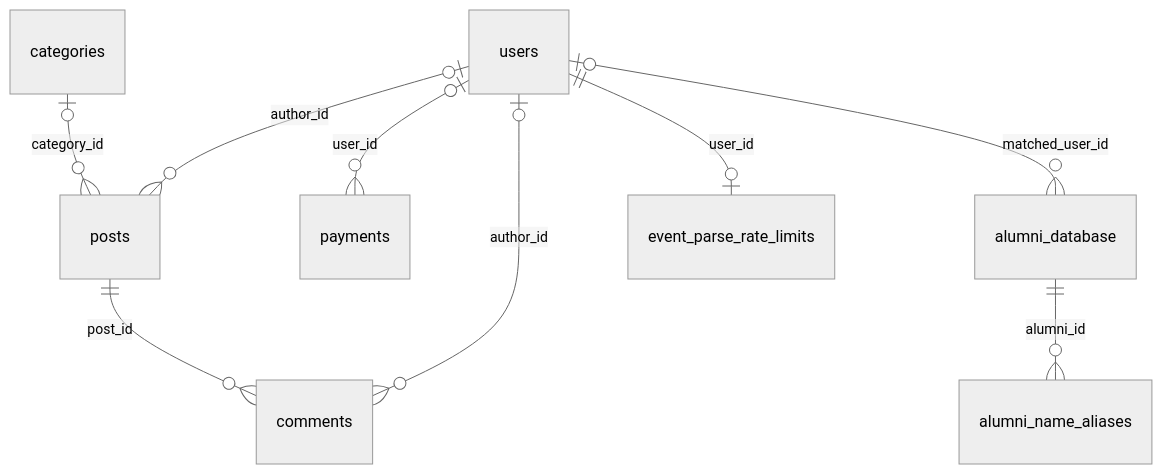
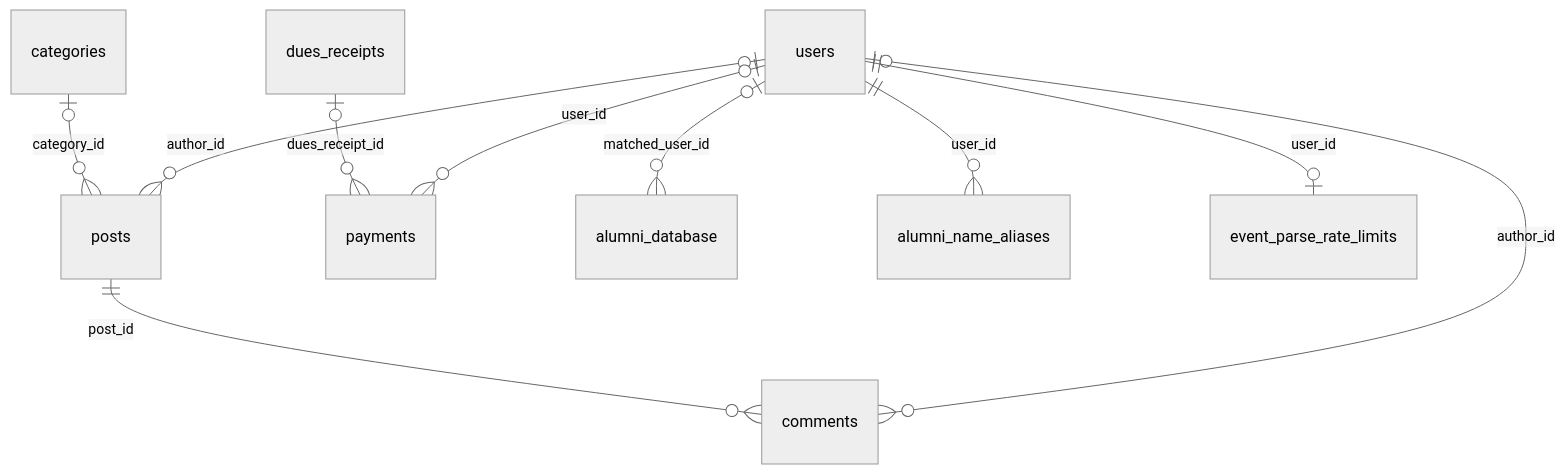
The diagram in docs/reference/database-schema.md (Raphael-KR/dgkmaWeb), drawn with Mermaid (neutral theme) before and after one commit. The commit also changed other lines of this file and 125 other files, not shown here.

````diff
--- a/docs/reference/database-schema.md
+++ b/docs/reference/database-schema.md
@@ -34,11 +35,12 @@
 ```mermaid
 erDiagram
   users o|--o{ posts : author_id
   users o|--o{ comments : author_id
   users o|--o{ payments : user_id
+  dues_receipts o|--o{ payments : dues_receipt_id
   users o|--o{ alumni_database : matched_user_id
-  alumni_database ||--o{ alumni_name_aliases : alumni_id
+  users ||--o{ alumni_name_aliases : user_id
   users ||--o| event_parse_rate_limits : user_id
   categories o|--o{ posts : category_id
   posts ||--o{ comments : post_id
 ```
````
